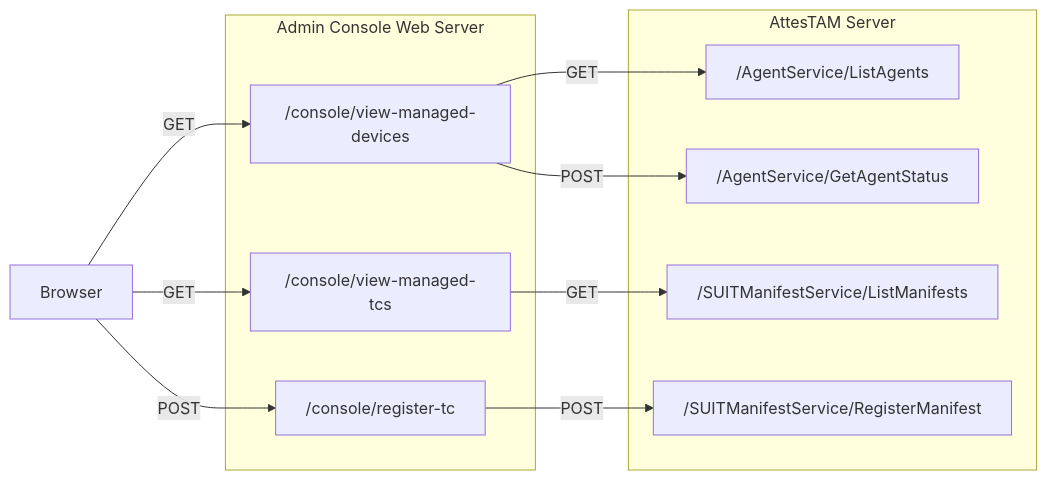
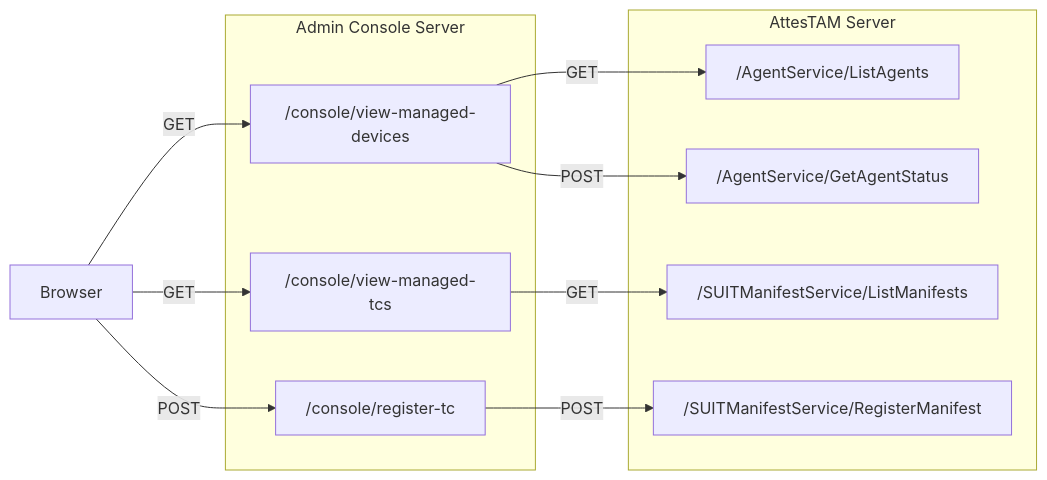
One commit to kentakayama/AttesTAM changed the second of 2 diagrams in doc/ADMIN_CONSOLE_EXTERNAL_DESIGN.md. Above: the diagram before and after it, drawn with Mermaid. The commit also changed other lines of this file and 2 other files, not shown here.

Commit message:
Update documentation to replace "TAM" with "AttesTAM" for consistency across admin console files

````diff
--- a/doc/ADMIN_CONSOLE_EXTERNAL_DESIGN.md
+++ b/doc/ADMIN_CONSOLE_EXTERNAL_DESIGN.md
@@ -56,22 +56,22 @@
 ```mermaid
 flowchart LR
   BC[Browser]
-  subgraph AC[Admin Console Web Server]
+  subgraph AC[Admin Console Server]
     C_VMD["/console/view-managed-devices"]
     C_VMTC["/console/view-managed-tcs"]
     C_RTC["/console/register-tc"]
   end
   subgraph TAM[AttesTAM Server]
     AS_LA["/AgentService/ListAgents"]
     AS_GAS["/AgentService/GetAgentStatus"]
     SMS_LM["/SUITManifestService/ListManifests"]
     SMS_RM["/SUITManifestService/RegisterManifest"]
   end
   BC -->|GET| C_VMD
   BC -->|GET| C_VMTC
   BC -->|POST| C_RTC
   C_VMD -->|GET| AS_LA
   C_VMD -->|POST| AS_GAS
   C_VMTC -->|GET| SMS_LM
   C_RTC -->|POST| SMS_RM
 ```
````
